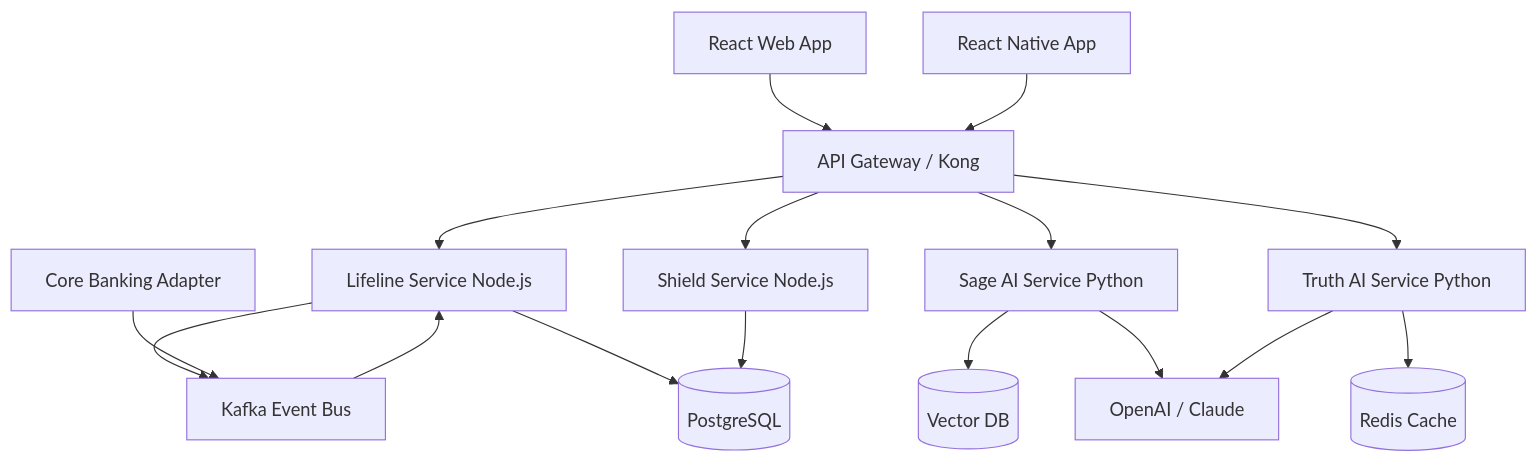
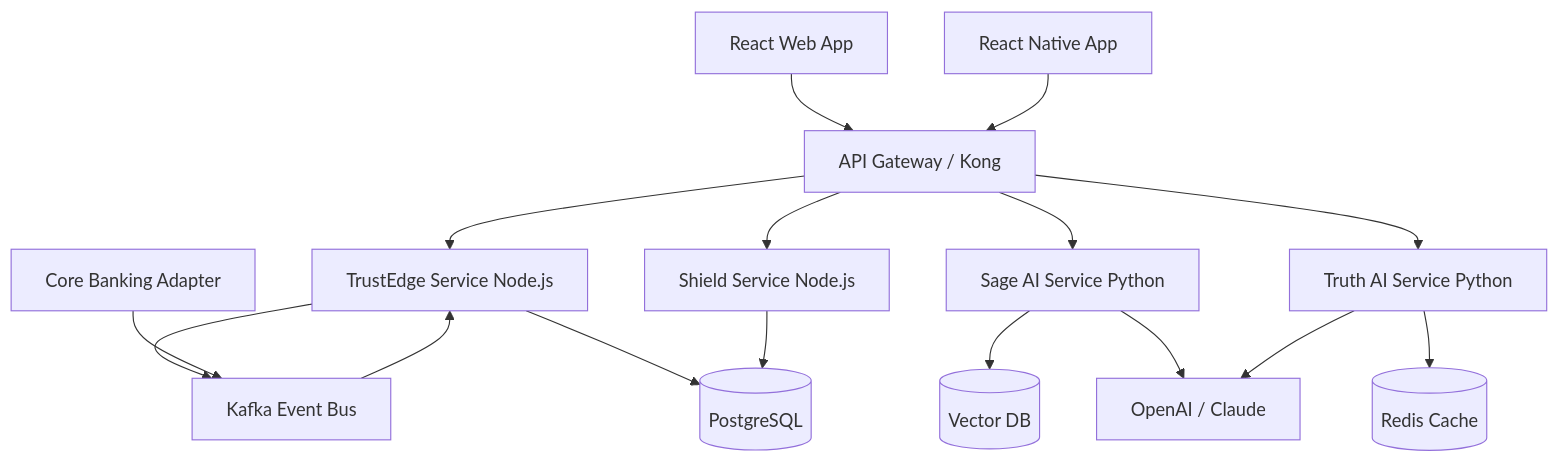
Before and after one commit to vecham-saidatta/TrustEdge: the first of 2 diagrams in report/Documentation/Project_Overview_Report.md, drawn with Mermaid. The commit also changed other lines of this file and 32 other files, not shown here.

````diff
--- a/report/Documentation/Project_Overview_Report.md
+++ b/report/Documentation/Project_Overview_Report.md
@@ -44,24 +44,24 @@
 ```mermaid
 graph TD
     UI_Web[React Web App] --> Gateway[API Gateway / Kong]
     UI_Mobile[React Native App] --> Gateway
     
-    Gateway --> LifelineService[Lifeline Service Node.js]
+    Gateway --> TrustEdgeService[TrustEdge Service Node.js]
     Gateway --> ShieldService[Shield Service Node.js]
     Gateway --> SageService[Sage AI Service Python]
     Gateway --> TruthService[Truth AI Service Python]
     
-    LifelineService --> Kafka[Kafka Event Bus]
+    TrustEdgeService --> Kafka[Kafka Event Bus]
     CoreBanking[Core Banking Adapter] --> Kafka
     
-    Kafka --> LifelineService
+    Kafka --> TrustEdgeService
     
-    LifelineService --> DB_PG[(PostgreSQL)]
+    TrustEdgeService --> DB_PG[(PostgreSQL)]
     ShieldService --> DB_PG
     
     SageService --> DB_Vector[(Vector DB)]
     TruthService --> Cache[(Redis Cache)]
     
     SageService --> LLM[OpenAI / Claude]
     TruthService --> LLM
 ```
````
